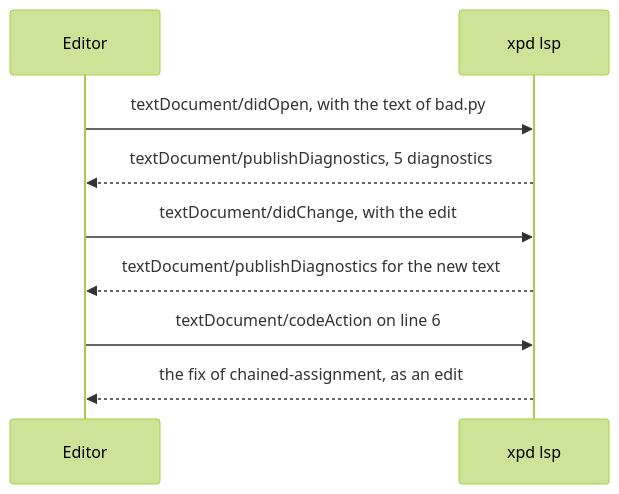
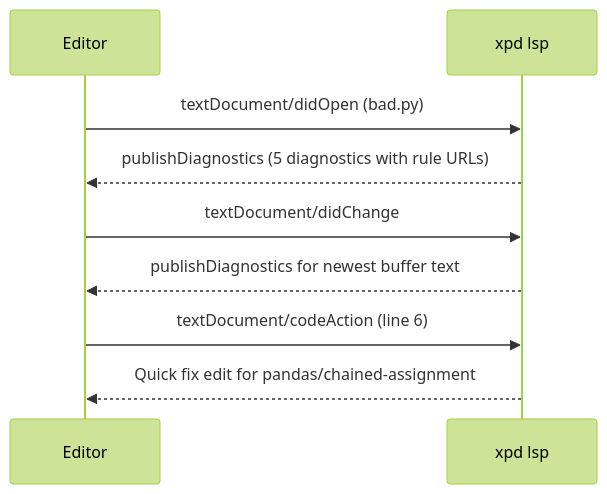
Before and after one commit to bjoernaagaard/xpd: the diagram in website/src/content/docs/guides/editors.md, drawn with Mermaid (forest theme). The commit also changed other lines of this file and 42 other files, not shown here.

Commit message:
docs: rewrite public docs with BLUF, Mermaid diagrams, and plain prose

````diff
--- a/website/src/content/docs/guides/editors.md
+++ b/website/src/content/docs/guides/editors.md
@@ -213,11 +10,11 @@
 ```mermaid
 sequenceDiagram
     participant Editor
     participant Server as xpd lsp
-    Editor->>Server: textDocument/didOpen, with the text of bad.py
-    Server-->>Editor: textDocument/publishDiagnostics, 5 diagnostics
-    Editor->>Server: textDocument/didChange, with the edit
-    Server-->>Editor: textDocument/publishDiagnostics for the new text
-    Editor->>Server: textDocument/codeAction on line 6
-    Server-->>Editor: the fix of chained-assignment, as an edit
+    Editor->>Server: textDocument/didOpen (bad.py)
+    Server-->>Editor: publishDiagnostics (5 diagnostics with rule URLs)
+    Editor->>Server: textDocument/didChange
+    Server-->>Editor: publishDiagnostics for newest buffer text
+    Editor->>Server: textDocument/codeAction (line 6)
+    Server-->>Editor: Quick fix edit for pandas/chained-assignment
 ```
````
